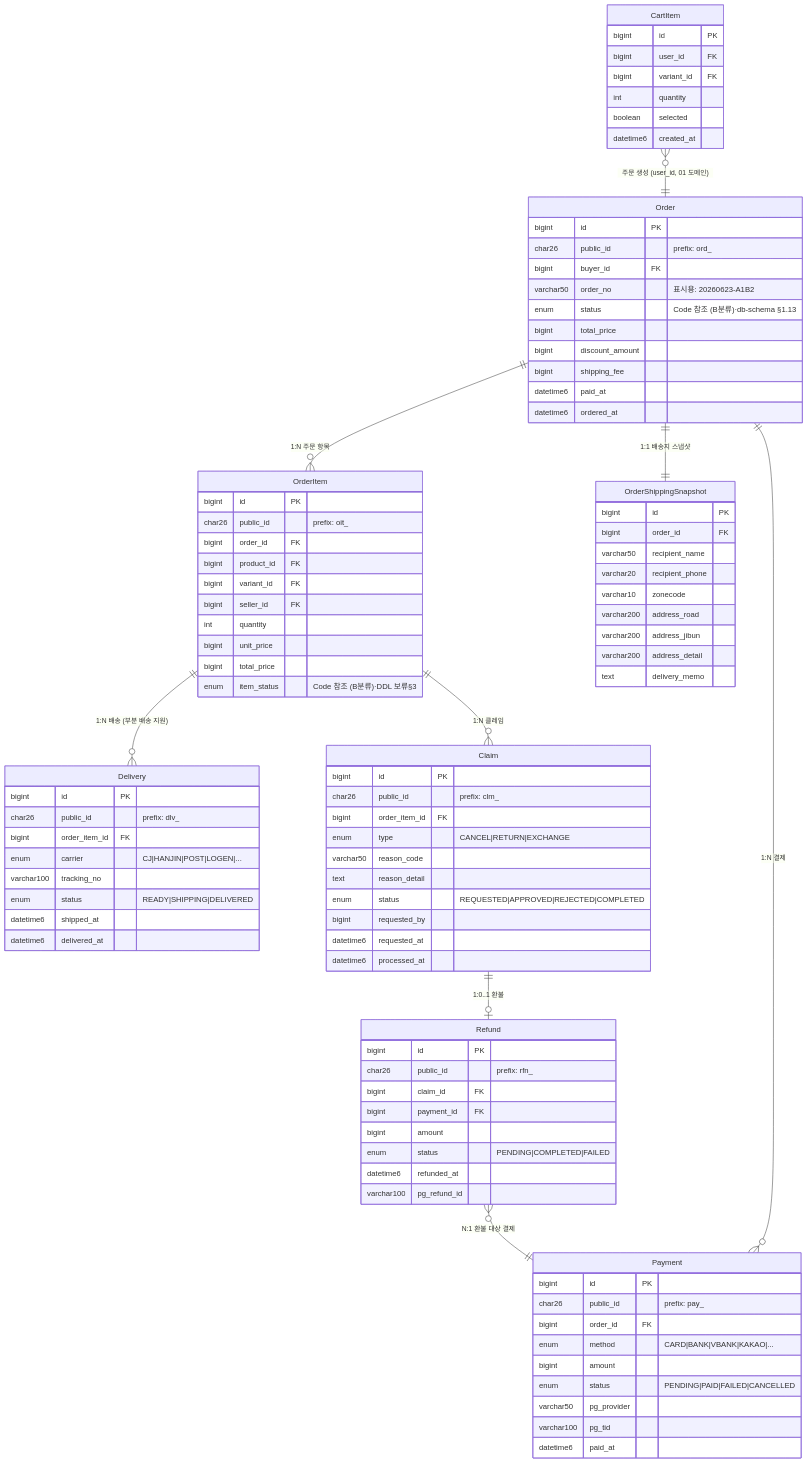
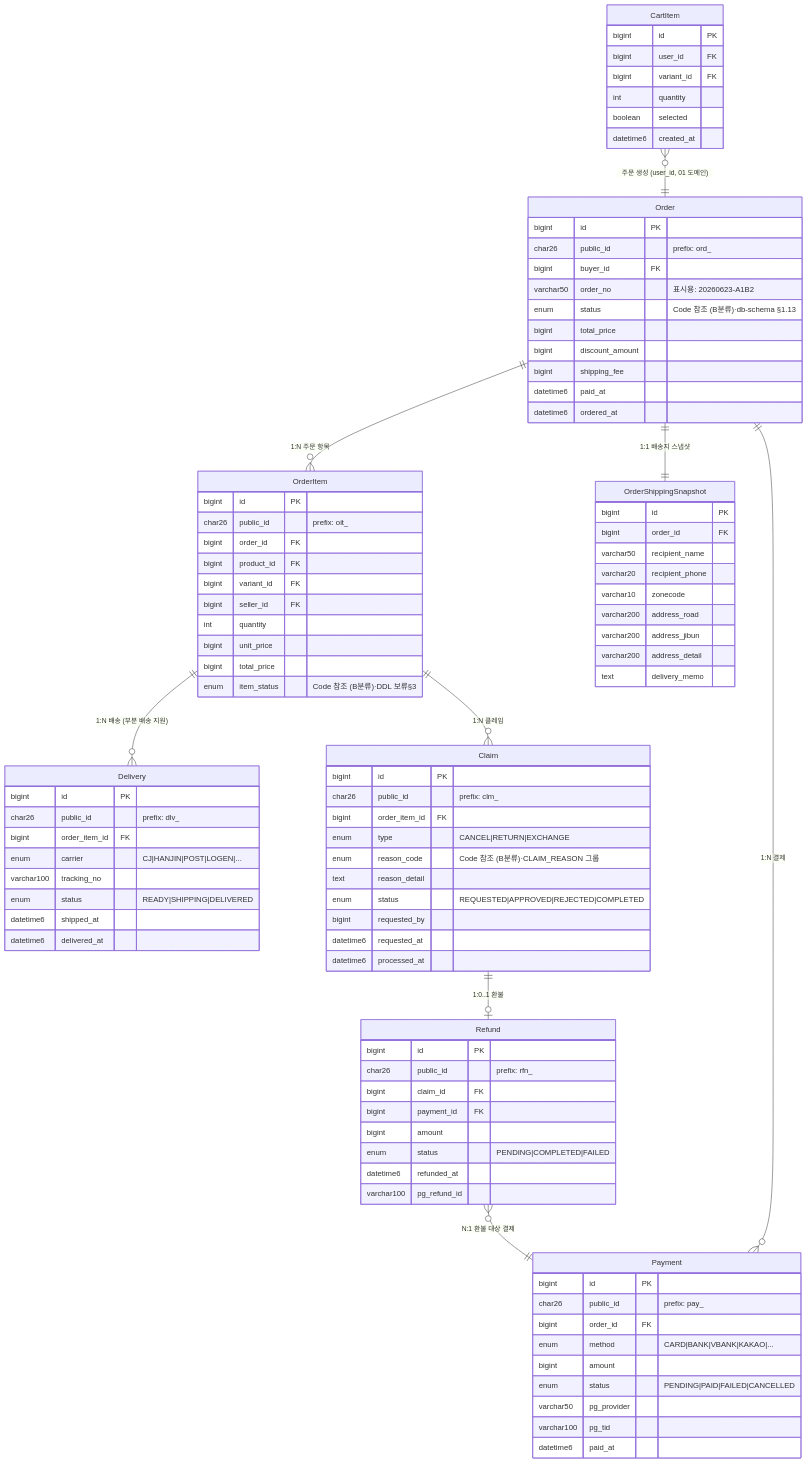
Before and after one commit to zeus721-zslab/zslab-mall: the diagram in docs/design/erd/04-order-payment-delivery-claim.md, drawn with Mermaid. The commit also changed other lines of this file and 2 other files, not shown here.

Commit message:
docs(enum-fix): ENUM-AUDIT 발견 이슈 6건 일괄 반영
ISS-01: ERD 04 A분류 건수 9 → 7 교정
ISS-02: §1.13 헤딩 컬럼 수 23 → 25 교정
ISS-03: ERD 05 AuditLog.action LOGOUT 명시
ISS-04: Claim.reason_code B분류 확정 (CLAIM_REASON 그룹)
ISS-05: ERD 05 연결 표 OrderItem.item_status 행 추가
ISS-06: §2.6 OrderStatus 샘플 주석 추가 (혼선 차단)

근거: docs/design/report/enum-audit-report.md

```diff
--- a/docs/design/erd/04-order-payment-delivery-claim.md
+++ b/docs/design/erd/04-order-payment-delivery-claim.md
@@ -83,7 +83,7 @@
         char26 public_id "prefix: clm_"
         bigint order_item_id FK
         enum type "CANCEL|RETURN|EXCHANGE"
-        varchar50 reason_code
+        enum reason_code "Code 참조 (B분류)·CLAIM_REASON 그룹"
         text reason_detail
         enum status "REQUESTED|APPROVED|REJECTED|COMPLETED"
         bigint requested_by
```
